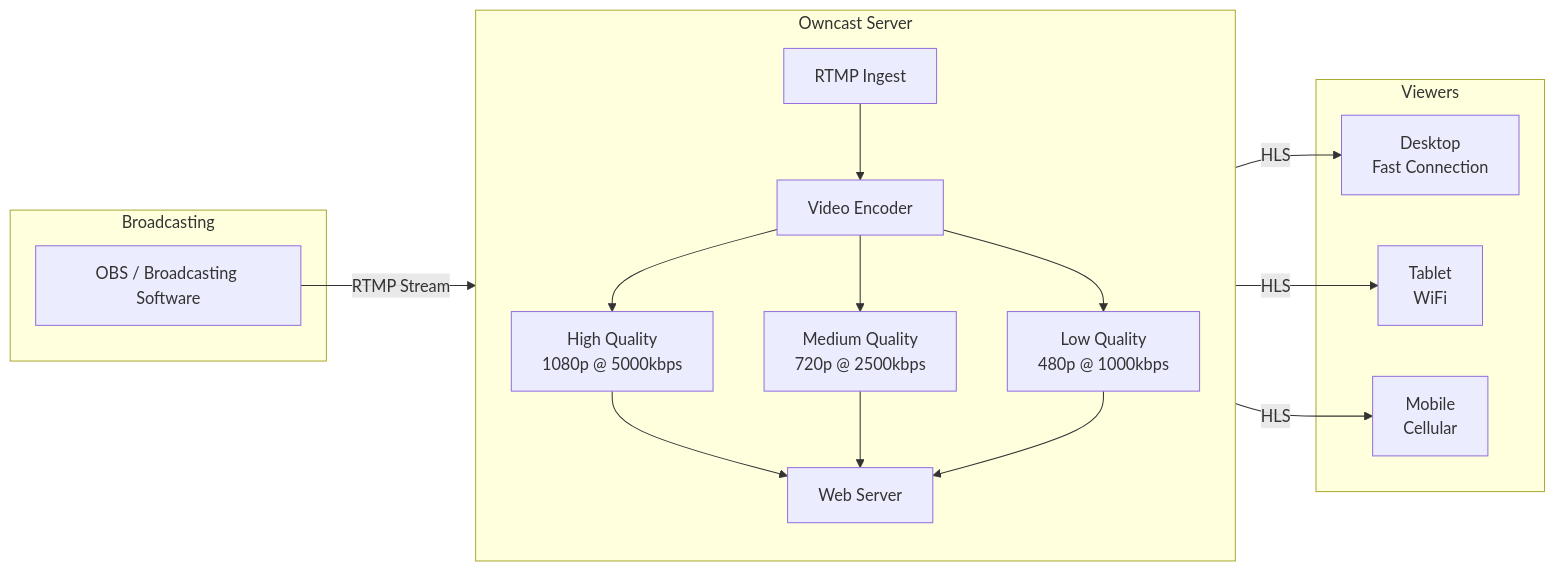
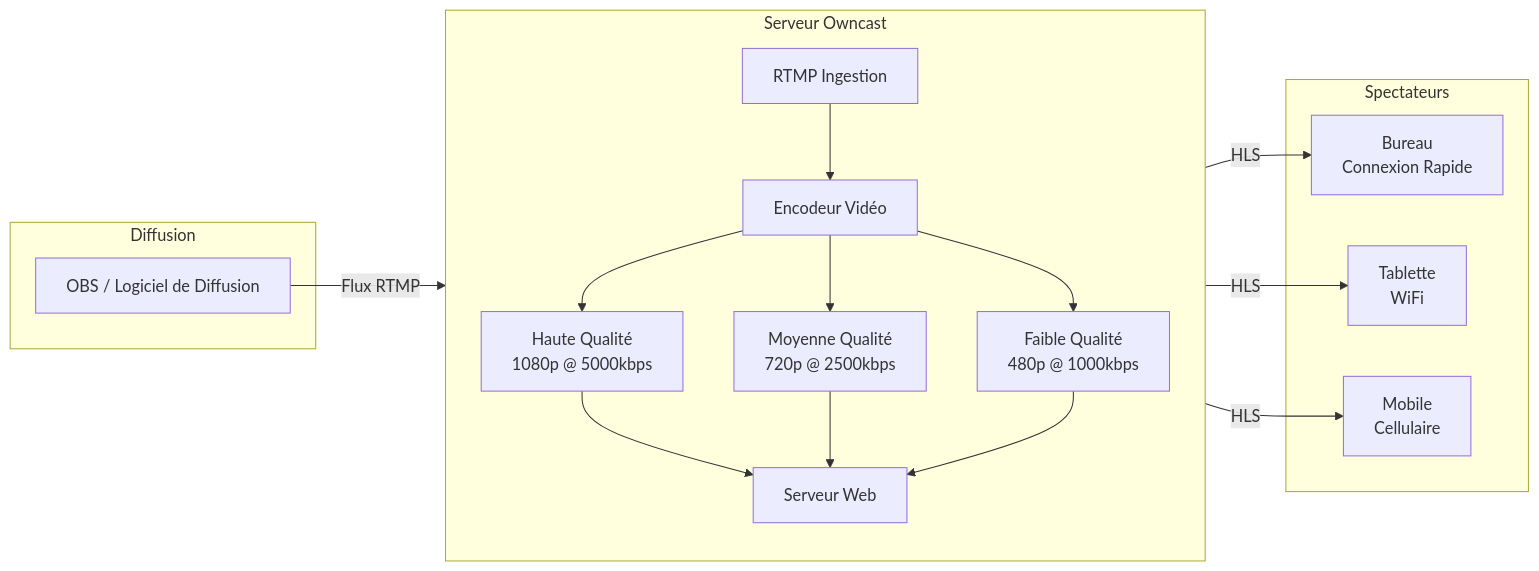
One commit to owncast/owncast.github.io changed the diagram in i18n/fr/docusaurus-plugin-content-docs/current/shared/diagrams/owncast-with-qualities.md. Above: the diagram before and after it, drawn with Mermaid. The commit also changed 357 other files, not shown here.

````diff
--- a/i18n/fr/docusaurus-plugin-content-docs/current/shared/diagrams/owncast-with-qualities.md
+++ b/i18n/fr/docusaurus-plugin-content-docs/current/shared/diagrams/owncast-with-qualities.md
@@ -7,34 +7,34 @@
 ```mermaid
 flowchart LR
-    subgraph Broadcasting
-        OBS[OBS / Broadcasting Software]
+    subgraph Diffusion
+        OBS[OBS / Logiciel de Diffusion]
     end
 
-    subgraph Owncast[Owncast Server]
+    subgraph Serveur Owncast[Serveur Owncast]
         direction TB
-        RTMP[RTMP Ingest]
-        Encoder[Video Encoder]
-        High[High Quality<br/>1080p @ 5000kbps]
-        Medium[Medium Quality<br/>720p @ 2500kbps]
-        Low[Low Quality<br/>480p @ 1000kbps]
-        WebServer[Web Server]
-        RTMP --> Encoder
-        Encoder --> High
-        Encoder --> Medium
-        Encoder --> Low
-        High --> WebServer
-        Medium --> WebServer
-        Low --> WebServer
+        RTMP[RTMP Ingestion]
+        Encodeur[Encodeur Vidéo]
+        Haute[Haute Qualité<br/>1080p @ 5000kbps]
+        Moyenne[Moyenne Qualité<br/>720p @ 2500kbps]
+        Faible[Faible Qualité<br/>480p @ 1000kbps]
+        ServeurWeb[Serveur Web]
+        RTMP --> Encodeur
+        Encodeur --> Haute
+        Encodeur --> Moyenne
+        Encodeur --> Faible
+        Haute --> ServeurWeb
+        Moyenne --> ServeurWeb
+        Faible --> ServeurWeb
     end
 
-    subgraph Viewers
-        Desktop[Desktop<br/>Fast Connection]
-        Tablet[Tablet<br/>WiFi]
-        Mobile[Mobile<br/>Cellular]
+    subgraph Spectateurs
+        Bureau[Bureau<br/>Connexion Rapide]
+        Tablette[Tablette<br/>WiFi]
+        Mobile[Mobile<br/>Cellulaire]
     end
 
-    OBS -->|RTMP Stream| RTMP
-    WebServer -->|HLS| Desktop
-    WebServer -->|HLS| Tablet
-    WebServer -->|HLS| Mobile
+    OBS -->|Flux RTMP| RTMP
+    ServeurWeb -->|HLS| Bureau
+    ServeurWeb -->|HLS| Tablette
+    ServeurWeb -->|HLS| Mobile
 ```
````
